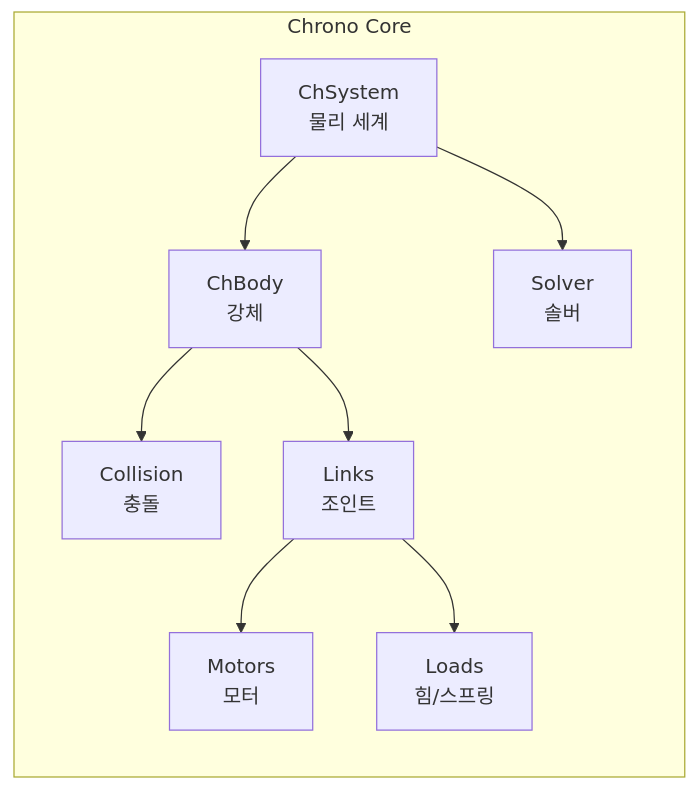
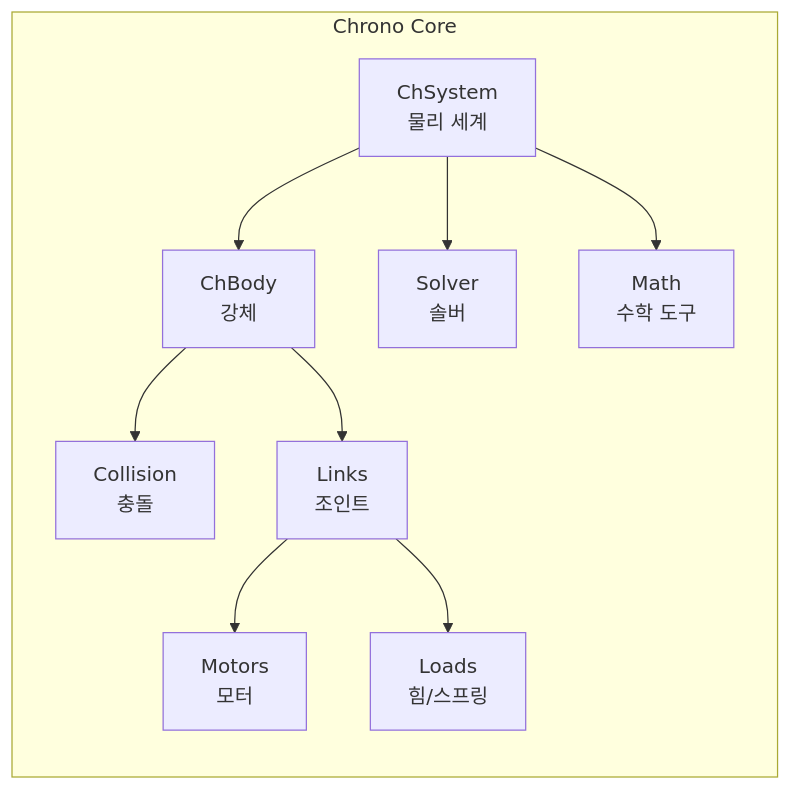
The second of 4 diagrams in docs/index.md (Poesy-Lab/Project_Chrono_Practice), drawn with Mermaid before and after one commit. The commit also changed other lines of this file and 28 other files, not shown here.

````diff
--- a/docs/index.md
+++ b/docs/index.md
@@ -61,12 +61,13 @@
 ```mermaid
 flowchart LR
     subgraph core["Chrono Core"]
         direction TB
         S["ChSystem<br/>물리 세계"] --> B["ChBody<br/>강체"]
         B --> C["Collision<br/>충돌"]
         B --> L["Links<br/>조인트"]
         L --> M["Motors<br/>모터"]
         L --> F["Loads<br/>힘/스프링"]
         S --> SV["Solver<br/>솔버"]
+        S --> MT["Math<br/>수학 도구"]
     end
 ```
````
